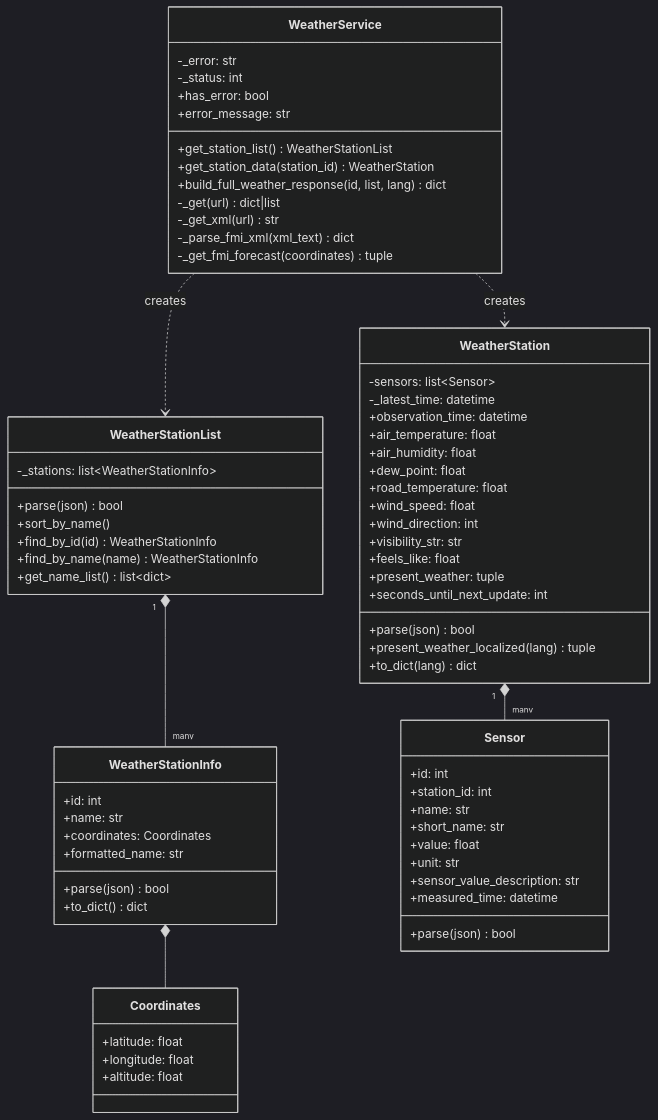
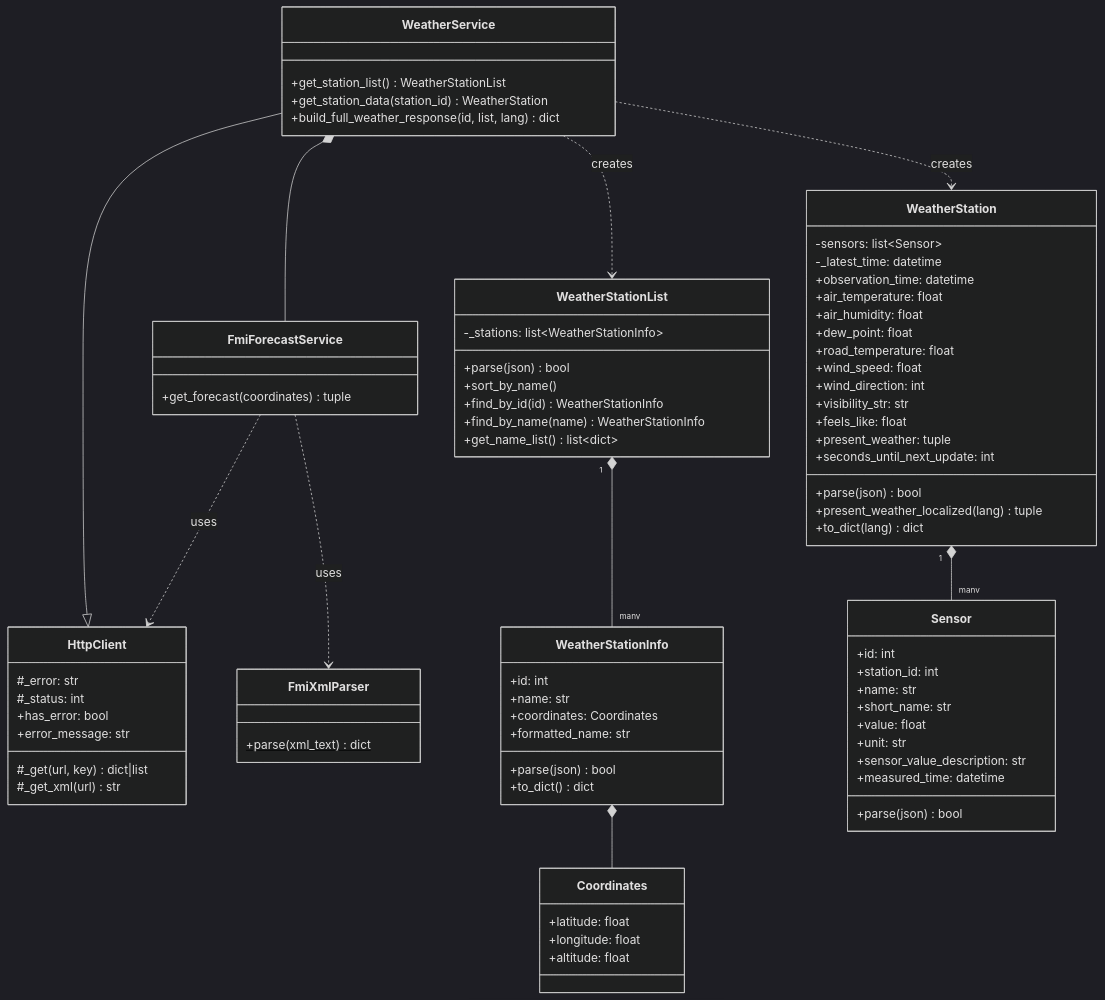
One commit to jjankkil/weatherview-django changed the second of 9 diagrams in docs/ARCHITECTURE.md. Above: the diagram before and after it, drawn with Mermaid (dark theme). The commit also changed other lines of this file and 13 other files, not shown here.

````diff
--- a/docs/ARCHITECTURE.md
+++ b/docs/ARCHITECTURE.md
@@ -89,17 +104,26 @@
 ```mermaid
 classDiagram
-    class WeatherService {
-        -_error: str
-        -_status: int
+    class HttpClient {
+        #_error: str
+        #_status: int
         +has_error: bool
         +error_message: str
+        #_get(url, key) dict|list
+        #_get_xml(url) str
+    }
+
+    class FmiXmlParser {
+        +parse(xml_text)$ dict
+    }
+
+    class FmiForecastService {
+        +get_forecast(coordinates) tuple
+    }
+
+    class WeatherService {
         +get_station_list() WeatherStationList
         +get_station_data(station_id) WeatherStation
         +build_full_weather_response(id, list, lang) dict
-        -_get(url) dict|list
-        -_get_xml(url) str
-        -_parse_fmi_xml(xml_text) dict
-        -_get_fmi_forecast(coordinates) tuple
     }
 
     class WeatherStationList {
@@ -157,6 +181,10 @@
         +parse(json) bool
     }
 
+    WeatherService --|> HttpClient
+    WeatherService *-- FmiForecastService
+    FmiForecastService ..> HttpClient : uses
+    FmiForecastService ..> FmiXmlParser : uses
     WeatherService ..> WeatherStationList : creates
     WeatherService ..> WeatherStation : creates
     WeatherStationList "1" *-- "many" WeatherStationInfo
````
